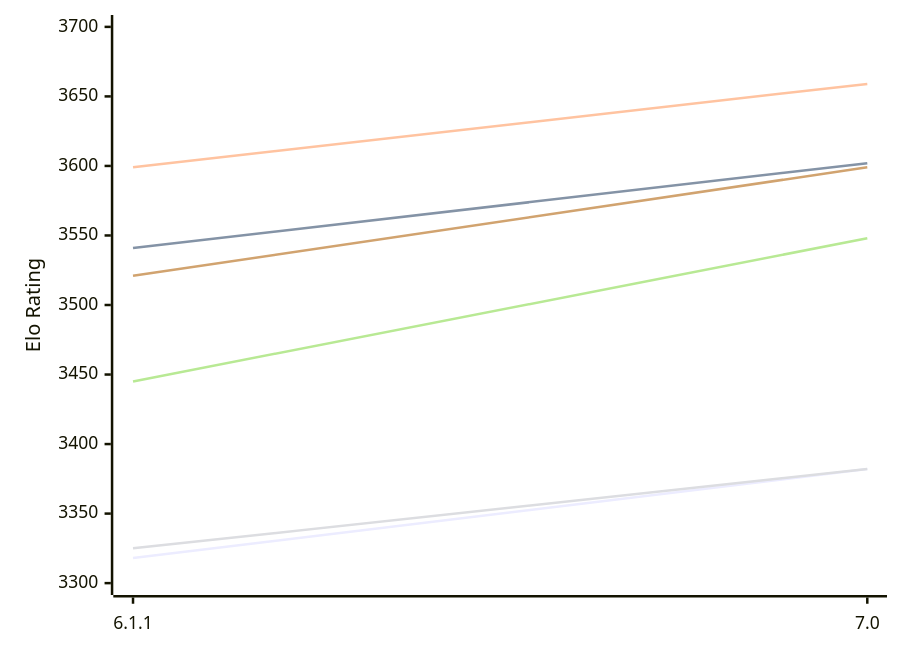
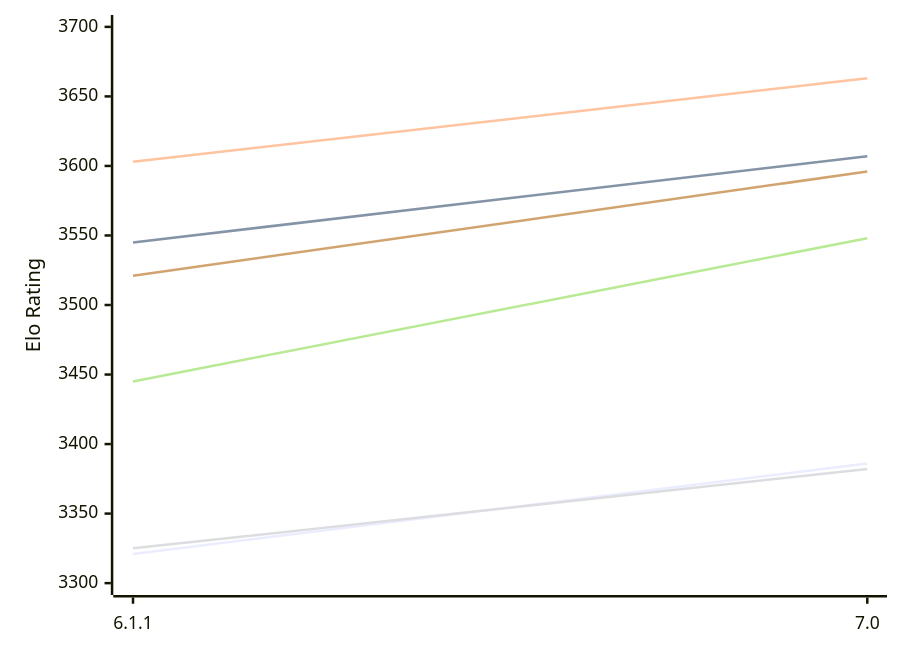
Before and after one commit to computer-chess-index/cci: the first of 2 diagrams in engines/Astra.md, drawn with Mermaid. The commit also changed other lines of this file, not shown here.

Commit message:
Update CCI Ratings (ELO VLTC) - 2026-11-22

````diff
--- a/engines/Astra.md
+++ b/engines/Astra.md
@@ -50,12 +50,12 @@
 ```mermaid
 %%{init: {"theme":"base","themeVariables":{"seriesColors:['#a3a3a3','#222221','#faa371']}}}%%
 xychart-beta
   x-axis ["6.1.1", "7.0"]
   y-axis "Elo Rating" 3300 --> 3700
-  line "E1: STC (8.0+0.08s)" [3318, 3382]
-  line "E1: LTC (60.0+0.60s)" [3541, 3602]
-  line "E1: VLTC (2m24s+1.12s)" [3599, 3659]
+  line "E1: STC (8.0+0.08s)" [3321, 3386]
+  line "E1: LTC (60.0+0.60s)" [3545, 3607]
+  line "E1: VLTC (2m24s+1.12s)" [3603, 3663]
   line "P1: STC (8.0+0.08s)" [3325, 3382]
   line "P1: LTC (60.0+0.60s)" [3445, 3548]
-  line "P1: VLTC (2m24s+1.12s)" [3521, 3599]
+  line "P1: VLTC (2m24s+1.12s)" [3521, 3596]
 ```
````
